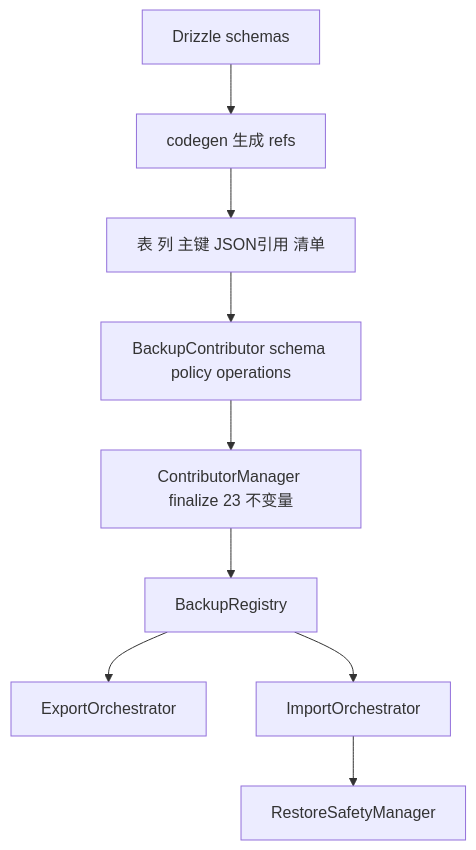
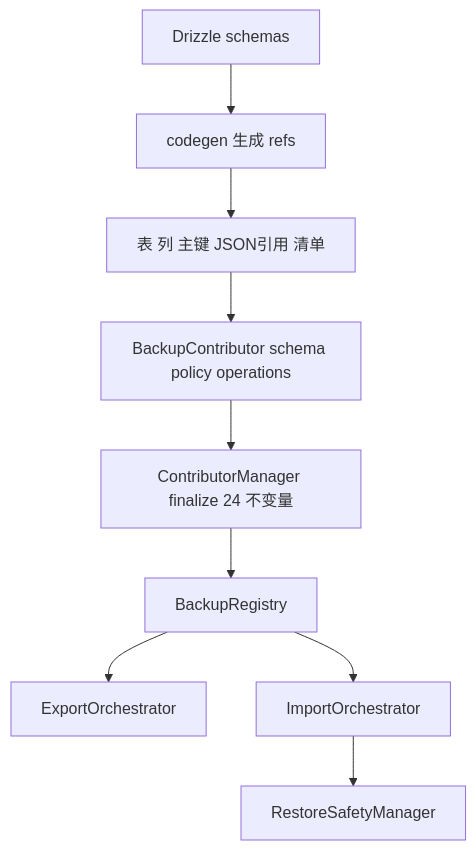
The second of 5 diagrams in docs/references/backup/backup-architecture.md (CherryHQ/cherry-studio), drawn with Mermaid before and after one commit.

Commit message:
docs(backup): sync finalize invariant count to 24

````diff
--- a/docs/references/backup/backup-architecture.md
+++ b/docs/references/backup/backup-architecture.md
@@ -97,11 +97,11 @@
 ```mermaid
 flowchart TB
   D[Drizzle schemas] --> CG[codegen 生成 refs]
   CG --> T[表 列 主键 JSON引用 清单]
   T --> BC[BackupContributor schema policy operations]
-  BC --> CM[ContributorManager finalize 23 不变量]
+  BC --> CM[ContributorManager finalize 24 不变量]
   CM --> BR[BackupRegistry]
   BR --> EX[ExportOrchestrator]
   BR --> IM[ImportOrchestrator]
   IM --> RS[RestoreSafetyManager]
 ```
````
